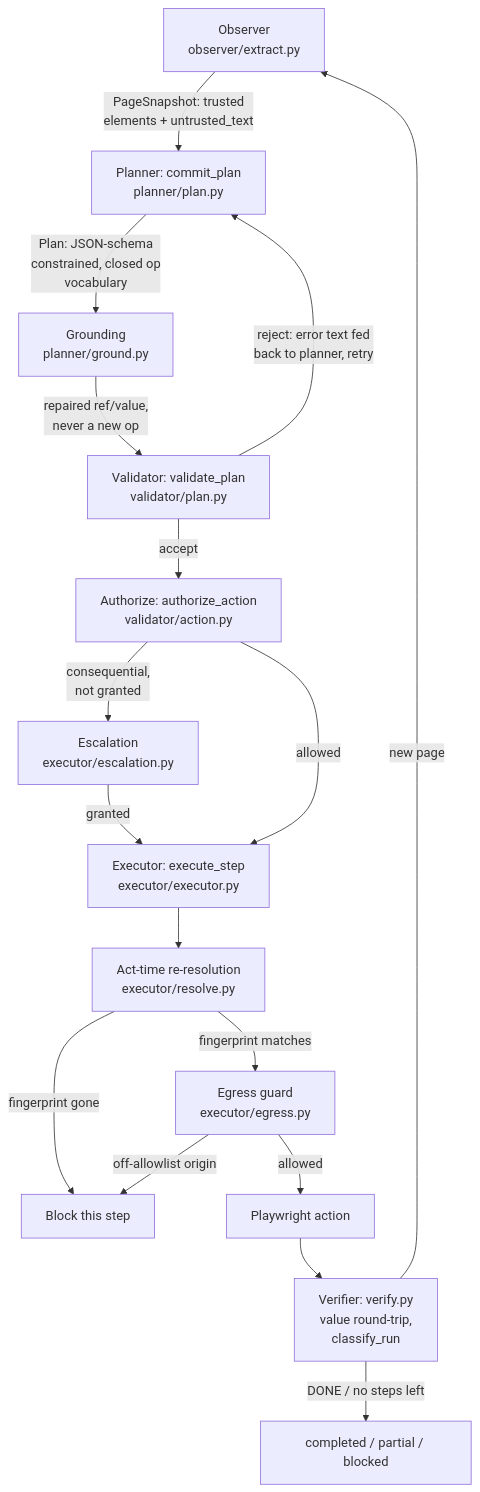
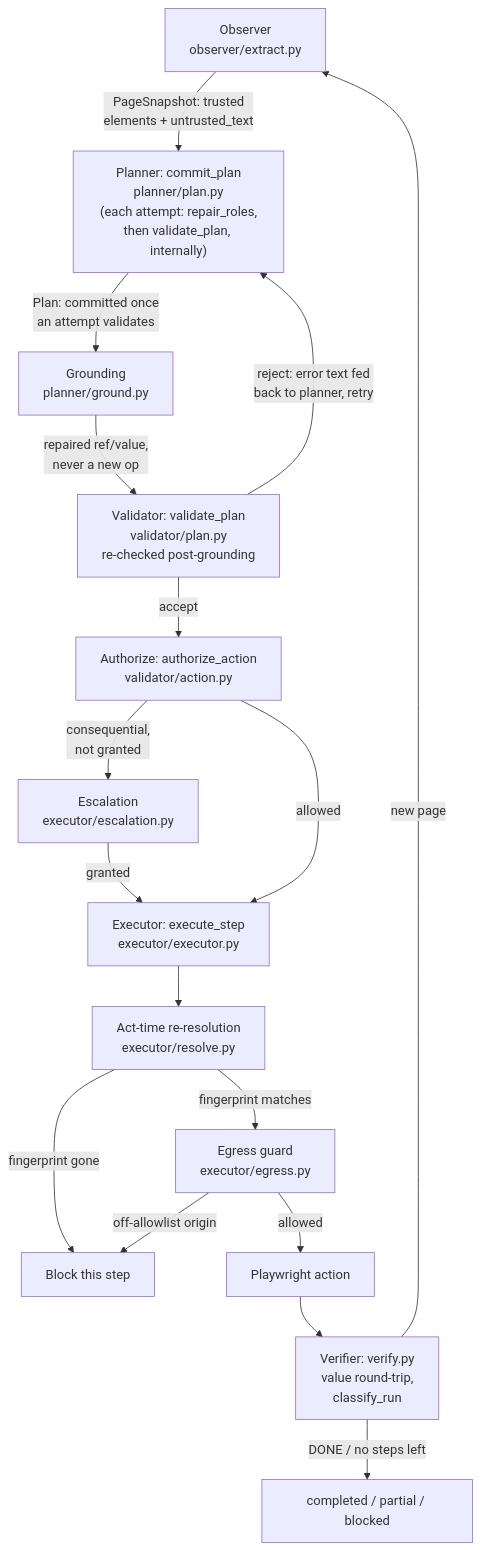
One commit to SudeepSigdel/Janus changed the diagram in docs/ARCHITECTURE.md. Above: the diagram before and after it, drawn with Mermaid. The commit also changed other lines of this file and 9 other files, not shown here.

````diff
--- a/docs/ARCHITECTURE.md
+++ b/docs/ARCHITECTURE.md
@@ -15,19 +15,19 @@
 ```mermaid
 flowchart TD
-    A[Observer<br/>observer/extract.py] -->|PageSnapshot: trusted<br/>elements + untrusted_text| B[Planner: commit_plan<br/>planner/plan.py]
-    B -->|Plan: JSON-schema<br/>constrained, closed op<br/>vocabulary| C[Grounding<br/>planner/ground.py]
-    C -->|repaired ref/value,<br/>never a new op| D[Validator: validate_plan<br/>validator/plan.py]
+    A[Observer<br/>observer/extract.py] -->|PageSnapshot: trusted<br/>elements + untrusted_text| B["Planner: commit_plan<br/>planner/plan.py<br/>(each attempt: repair_roles,<br/>then validate_plan, internally)"]
+    B -->|Plan: committed once<br/>an attempt validates| C[Grounding<br/>planner/ground.py]
+    C -->|repaired ref/value,<br/>never a new op| D[Validator: validate_plan<br/>validator/plan.py<br/>re-checked post-grounding]
     D -- reject: error text fed<br/>back to planner, retry --> B
     D -- accept --> E[Authorize: authorize_action<br/>validator/action.py]
     E -- consequential,<br/>not granted --> F[Escalation<br/>executor/escalation.py]
     F -- granted --> G
     E -- allowed --> G[Executor: execute_step<br/>executor/executor.py]
     G --> H[Act-time re-resolution<br/>executor/resolve.py]
     H -- fingerprint gone --> X[Block this step]
     H -- fingerprint matches --> I[Egress guard<br/>executor/egress.py]
     I -- off-allowlist origin --> X
     I -- allowed --> J[Playwright action]
     J --> K[Verifier: verify.py<br/>value round-trip,<br/>classify_run]
     K -->|new page| A
     K -->|DONE / no steps left| L[completed / partial / blocked]
 ```
````
